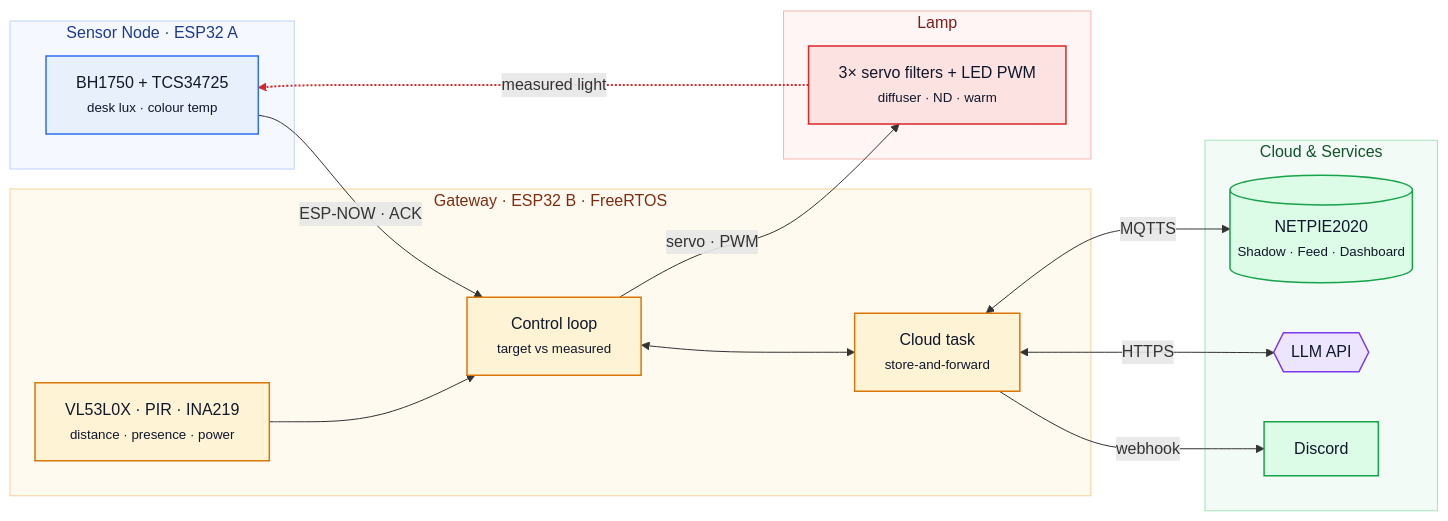
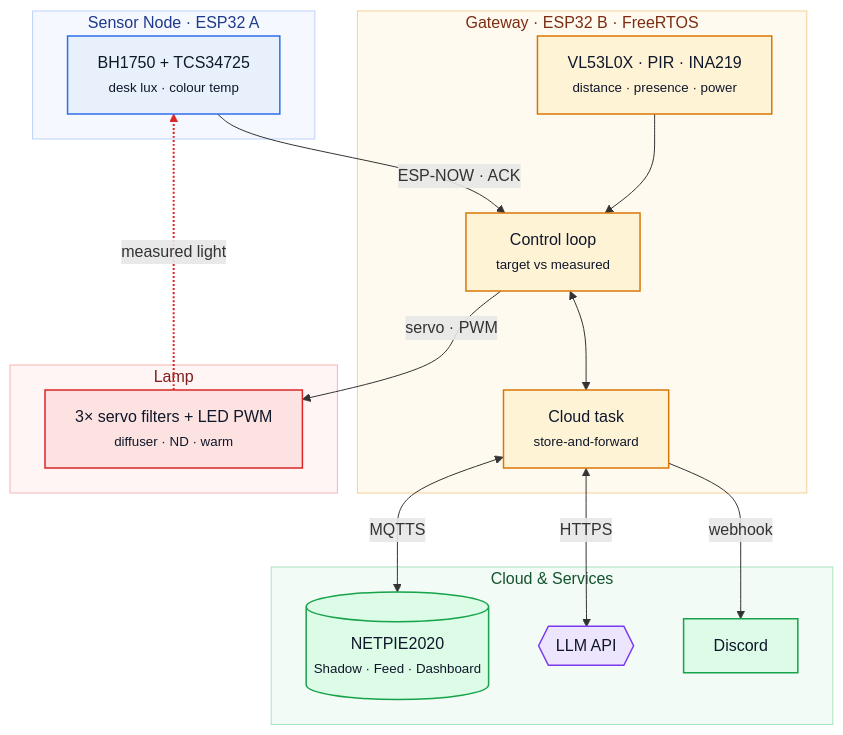
The diagram in README.md (E3-Embed/SmartDeskLight), drawn with Mermaid before and after one commit.

Commit message:
docs: top-down architecture diagram for README width

````diff
--- a/README.md
+++ b/README.md
@@ -26,47 +26,47 @@
 ```mermaid
-flowchart LR
+flowchart TB
   subgraph NODE["Sensor Node · ESP32 A"]
     S["BH1750 + TCS34725<br/><small>desk lux · colour temp</small>"]
   end
 
   subgraph GW["Gateway · ESP32 B · FreeRTOS"]
     G1["VL53L0X · PIR · INA219<br/><small>distance · presence · power</small>"]
     G2["Control loop<br/><small>target vs measured</small>"]
     G3["Cloud task<br/><small>store-and-forward</small>"]
   end
 
   subgraph LAMP["Lamp"]
     L["3× servo filters + LED PWM<br/><small>diffuser · ND · warm</small>"]
   end
 
   subgraph CLOUD["Cloud & Services"]
     N[("NETPIE2020<br/><small>Shadow · Feed · Dashboard</small>")]
     A{{"LLM API"}}
     D["Discord"]
   end
 
   S -->|"ESP-NOW · ACK"| G2
   G1 --> G2
   G2 -->|"servo · PWM"| L
   L -.->|"measured light"| S
   G2 <--> G3
   G3 <-->|"MQTTS"| N
   G3 <-->|"HTTPS"| A
   G3 -->|"webhook"| D
 
   classDef sense fill:#E8F1FB,stroke:#2F6FEB,stroke-width:1.5px,color:#0F172A
   classDef edge fill:#FFF3D6,stroke:#D97706,stroke-width:1.5px,color:#0F172A
   classDef act fill:#FDE2E2,stroke:#DC2626,stroke-width:1.5px,color:#0F172A
   classDef cloud fill:#DCFCE7,stroke:#16A34A,stroke-width:1.5px,color:#0F172A
   classDef ai fill:#EDE4FD,stroke:#7C3AED,stroke-width:1.5px,color:#0F172A
   class S sense
   class G1,G2,G3 edge
   class L act
   class N,D cloud
   class A ai
   style NODE fill:#F5F8FF,stroke:#BFD3FB,color:#1E3A8A
   style GW fill:#FFFAF0,stroke:#F5D199,color:#7C2D12
   style LAMP fill:#FFF5F5,stroke:#F8B4B4,color:#7F1D1D
   style CLOUD fill:#F2FBF5,stroke:#A7E3BC,color:#14532D
   linkStyle 3 stroke:#DC2626,stroke-width:2px
 ```
````
